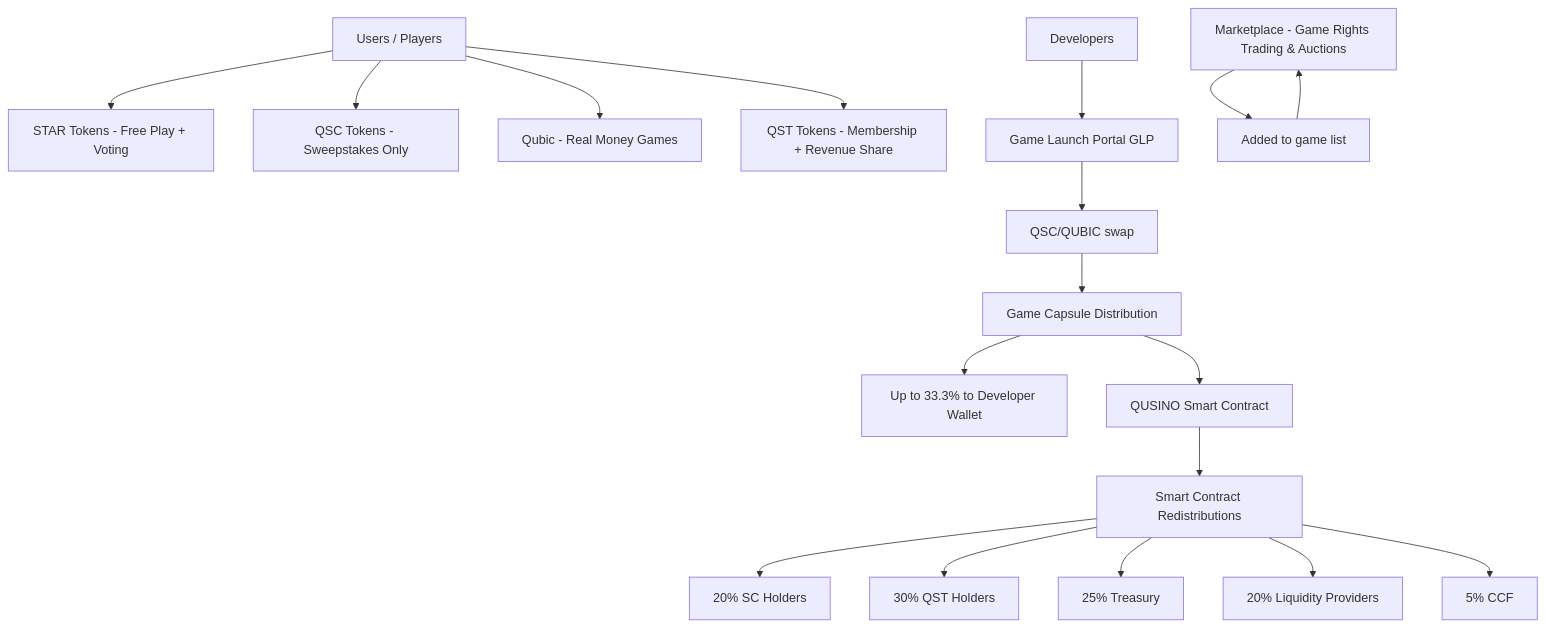
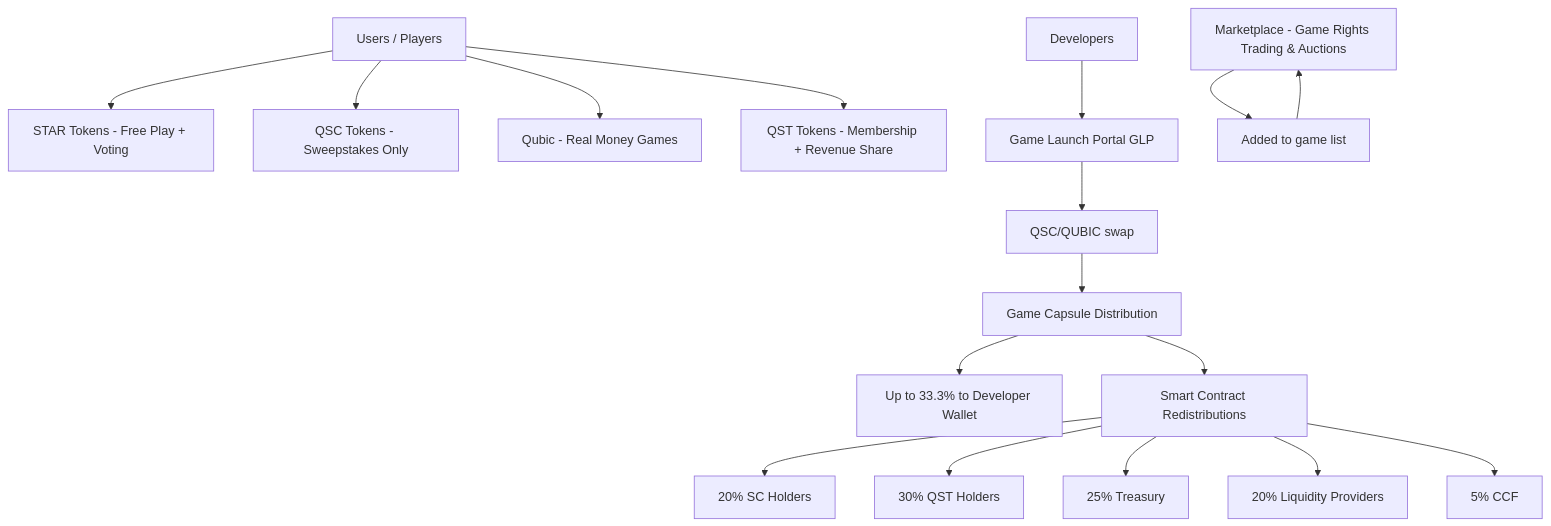
Before and after one commit to nineisten/qusino: the first of 4 diagrams in README.md, drawn with Mermaid.

````diff
--- a/README.md
+++ b/README.md
@@ -19,23 +19,22 @@
 ```mermaid
 flowchart TD
     A[Users / Players] --> B[STAR Tokens - Free Play + Voting]
     A --> C[QSC Tokens - Sweepstakes Only]
     A --> D[Qubic - Real Money Games]
     A --> E[QST Tokens - Membership + Revenue Share]
 
     F[Game Launch Portal GLP] --> G[QSC/QUBIC swap] --> H[Game Capsule Distribution]
     H--> HH[Up to 33.3% to Developer Wallet]
-    H--> HI[QUSINO Smart Contract]
-    -->I[Smart Contract Redistributions]
+    H-->I[Smart Contract Redistributions]
     I --> J[20% SC Holders]
     I --> K[30% QST Holders]
     I --> L[25% Treasury]
     I --> M[20% Liquidity Providers]
     I --> N[5% CCF]
 
     O[Developers] --> F
     P[Game Capsule Deployment] --> Q[Added to game list]-->P[Marketplace - Game Rights Trading & Auctions]
 
     
 
 ```
````
